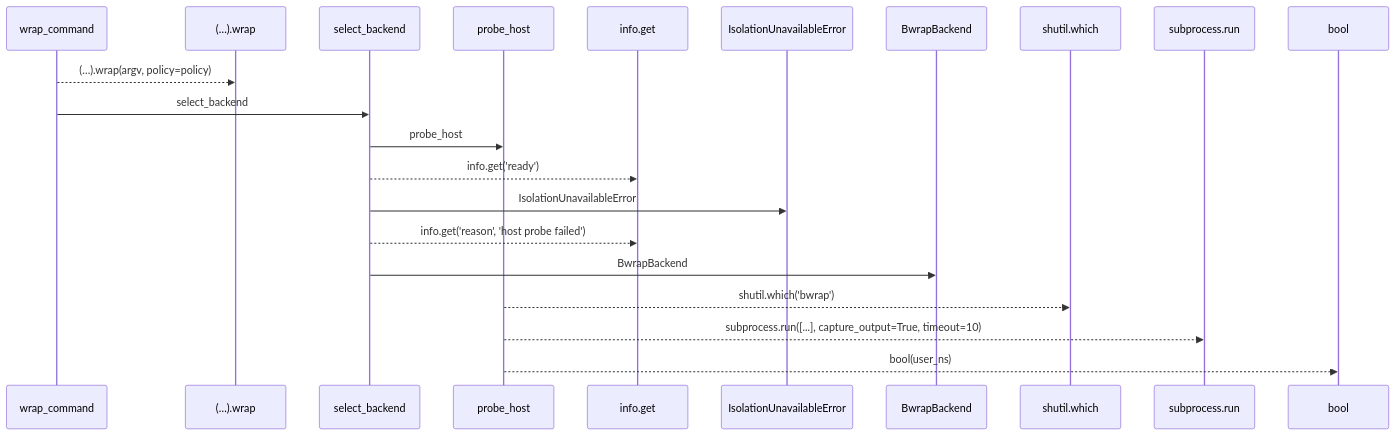
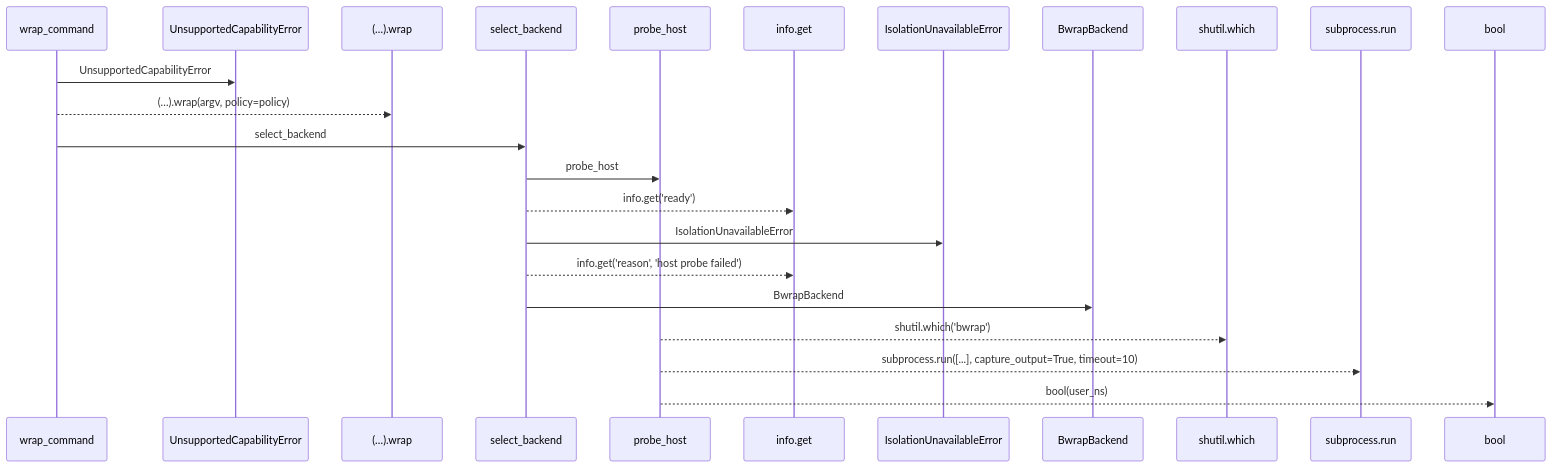
The first of 2 diagrams in docs/llm_wiki/flows/api-wrap_command.md (Denissvgn/autoresearch-agent), drawn with Mermaid before and after one commit. The commit also changed other lines of this file and 1033 other files, not shown here.

````diff
--- a/docs/llm_wiki/flows/api-wrap_command.md
+++ b/docs/llm_wiki/flows/api-wrap_command.md
@@ -12,23 +12,25 @@
 ```mermaid
 sequenceDiagram
     participant p0 as wrap_command
-    participant p1 as (…).wrap
-    participant p2 as select_backend
-    participant p3 as probe_host
-    participant p4 as info.get
-    participant p5 as IsolationUnavailableError
-    participant p6 as BwrapBackend
-    participant p7 as shutil.which
-    participant p8 as subprocess.run
-    participant p9 as bool
-    p0-->>p1: (…).wrap(argv, policy=policy)
-    p0->>p2: select_backend
-    p2->>p3: probe_host
-    p2-->>p4: info.get('ready')
-    p2->>p5: IsolationUnavailableError
-    p2-->>p4: info.get('reason', 'host probe failed')
-    p2->>p6: BwrapBackend
-    p3-->>p7: shutil.which('bwrap')
-    p3-->>p8: subprocess.run([...], capture_output=True, timeout=10)
-    p3-->>p9: bool(user_ns)
+    participant p1 as UnsupportedCapabilityError
+    participant p2 as (…).wrap
+    participant p3 as select_backend
+    participant p4 as probe_host
+    participant p5 as info.get
+    participant p6 as IsolationUnavailableError
+    participant p7 as BwrapBackend
+    participant p8 as shutil.which
+    participant p9 as subprocess.run
+    participant p10 as bool
+    p0->>p1: UnsupportedCapabilityError
+    p0-->>p2: (…).wrap(argv, policy=policy)
+    p0->>p3: select_backend
+    p3->>p4: probe_host
+    p3-->>p5: info.get('ready')
+    p3->>p6: IsolationUnavailableError
+    p3-->>p5: info.get('reason', 'host probe failed')
+    p3->>p7: BwrapBackend
+    p4-->>p8: shutil.which('bwrap')
+    p4-->>p9: subprocess.run([...], capture_output=True, timeout=10)
+    p4-->>p10: bool(user_ns)
 ```
````
